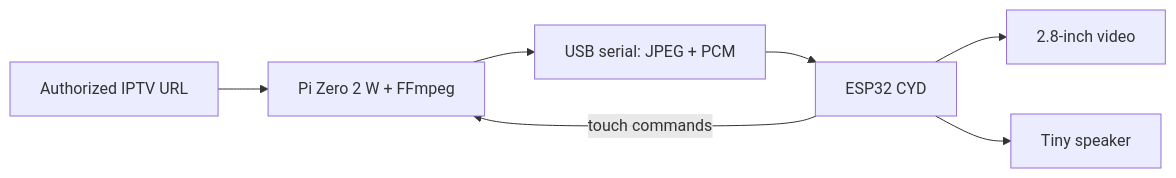
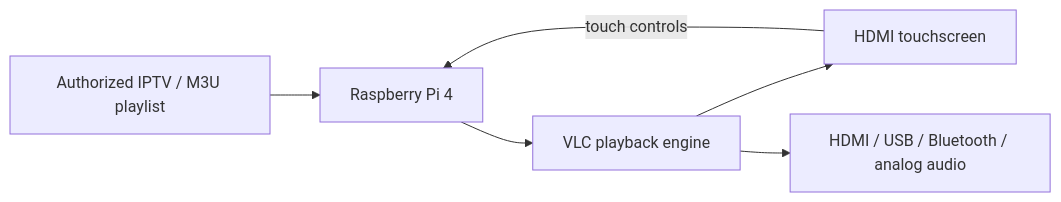
Before and after one commit to duhfreakinduh/pocket-iptv-cyd: the diagram in README.md, drawn with Mermaid. The commit also changed other lines of this file, not shown here.

Commit message:
Make Raspberry Pi 4 touchscreen the default build

````diff
--- a/README.md
+++ b/README.md
@@ -62,9 +73,8 @@
 ```mermaid
 flowchart LR
-    A["Authorized IPTV URL"] --> B["Pi Zero 2 W + FFmpeg"]
-    B --> C["USB serial: JPEG + PCM"]
-    C --> D["ESP32 CYD"]
-    D --> E["2.8-inch video"]
-    D --> F["Tiny speaker"]
-    D -->|"touch commands"| B
+    A["Authorized IPTV / M3U playlist"] --> B["Raspberry Pi 4"]
+    B --> C["VLC playback engine"]
+    C --> D["HDMI touchscreen"]
+    D -->|"touch controls"| B
+    C --> E["HDMI / USB / Bluetooth / analog audio"]
 ```
````
